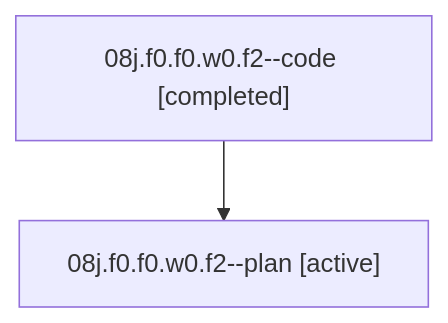
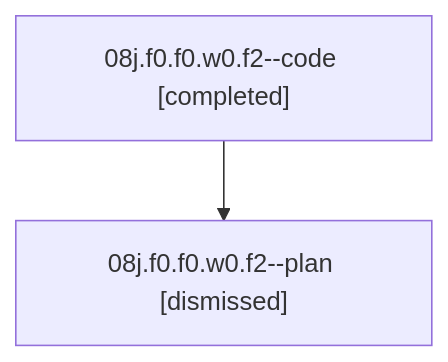
The diagram in sessions/bbugyi200.athena.08j.f0.f0.w0.f2.md (bobs-org/bob-cli--agents), drawn with Mermaid before and after one commit. The commit also changed other lines of this file and 28 other files, not shown here.

````diff
--- a/sessions/bbugyi200.athena.08j.f0.f0.w0.f2.md
+++ b/sessions/bbugyi200.athena.08j.f0.f0.w0.f2.md
@@ -9,6 +9,6 @@
 ```mermaid
 flowchart TD
   n0["08j.f0.f0.w0.f2--code [completed]"]
-  n1["08j.f0.f0.w0.f2--plan [active]"]
+  n1["08j.f0.f0.w0.f2--plan [dismissed]"]
   n0 --> n1
 ```
````
